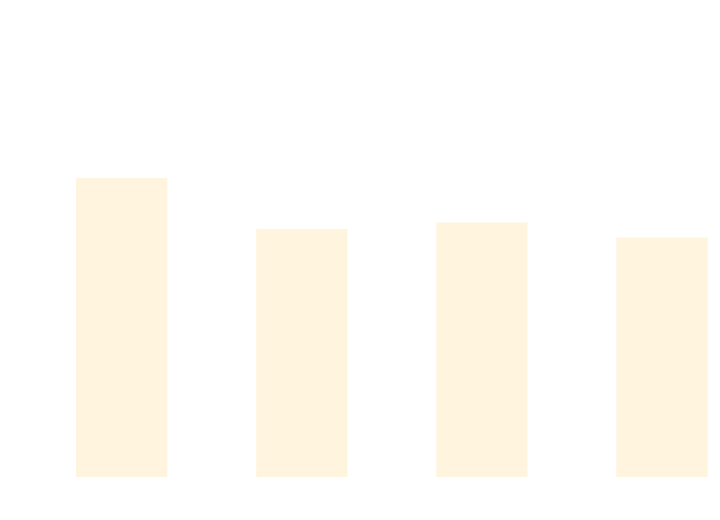
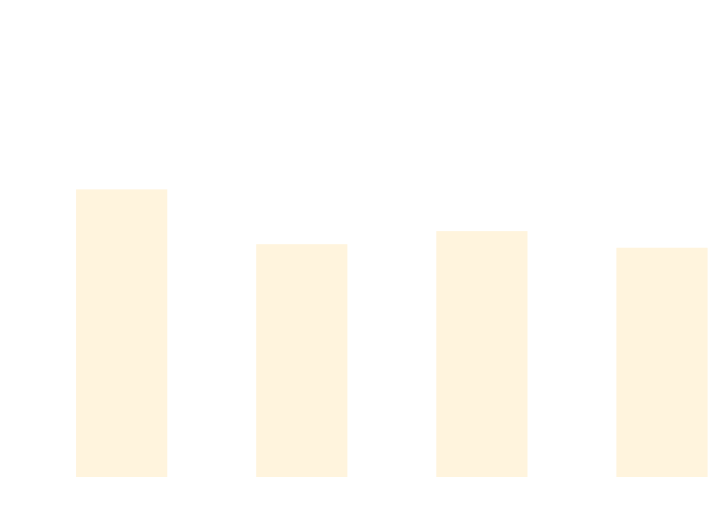
The diagram in docs/docs/benchmarks/BuildTime.md (thomhurst/TUnit), drawn with Mermaid before and after one commit. The commit also changed other lines of this file and 17 other files, not shown here.

````diff
--- a/docs/docs/benchmarks/BuildTime.md
+++ b/docs/docs/benchmarks/BuildTime.md
@@ -28,37 +28,37 @@
 ```mermaid
 %%{init: {
   'theme':'base',
   'themeVariables': {
     'primaryColor': '#2563eb',
     'primaryTextColor': '#ffffff',
     'primaryBorderColor': '#1e40af',
     'lineColor': '#6b7280',
     'secondaryColor': '#7c3aed',
     'tertiaryColor': '#dc2626',
     'background': '#ffffff',
     'mainBkg': '#2563eb',
     'secondBkg': '#7c3aed',
     'tertiaryBkg': '#dc2626',
     'clusterBkg': '#f3f4f6',
     'edgeLabelBackground': '#ffffff',
     'tertiaryTextColor': '#1f2937',
     'pie1': '#2563eb',
     'pie2': '#7c3aed',
     'pie3': '#dc2626',
     'pie4': '#f59e0b',
     'pie5': '#10b981',
     'pie6': '#06b6d4',
     'pie7': '#ec4899',
     'pie8': '#6366f1',
     'pie9': '#84cc16',
     'pie10': '#f97316',
     'pie11': '#14b8a6',
     'pie12': '#a855f7'
   }
 }}%%
 xychart-beta
   title "Build Time Comparison"
   x-axis ["Build_TUnit", "Build_NUnit", "Build_MSTest", "Build_xUnit3"]
   y-axis "Time (s)" 0 --> 3
-  bar [2.135, 1.761, 1.808, 1.697]
+  bar [2.051, 1.649, 1.745, 1.623]
 ```
````
